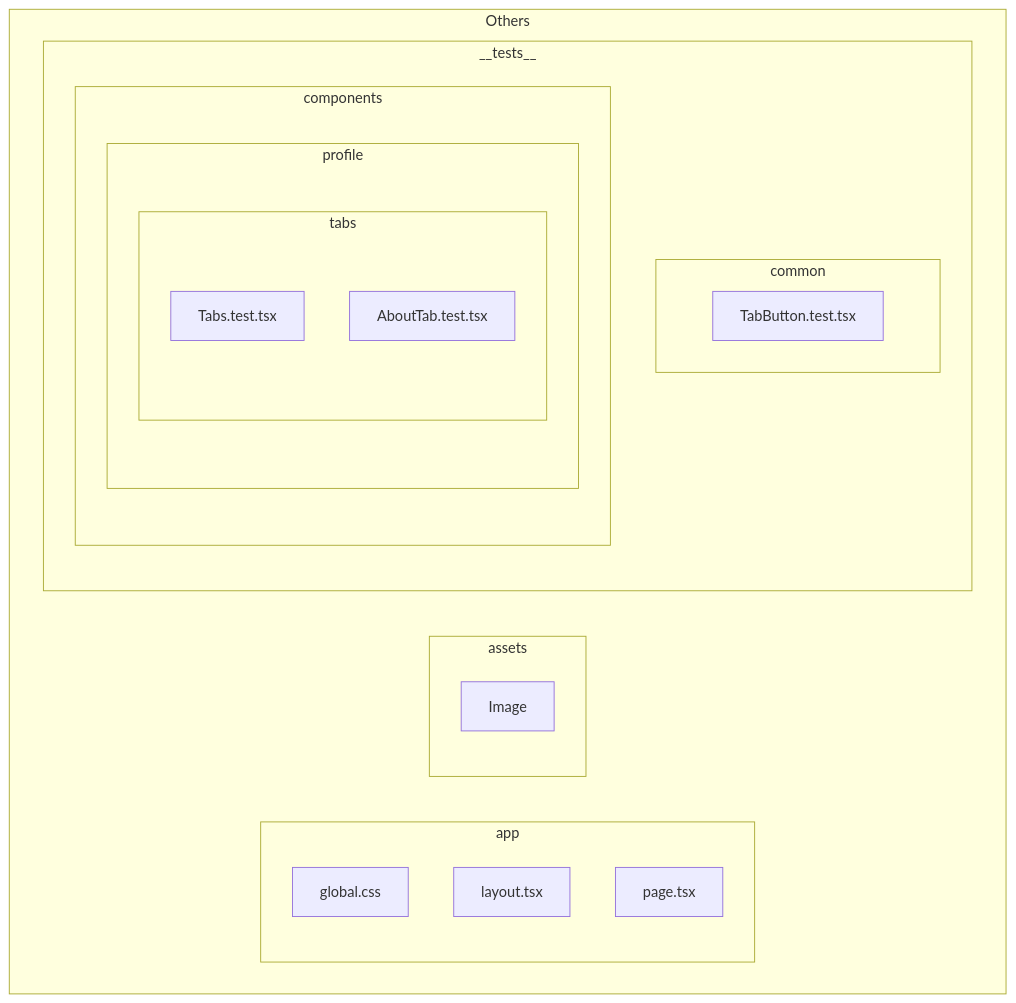
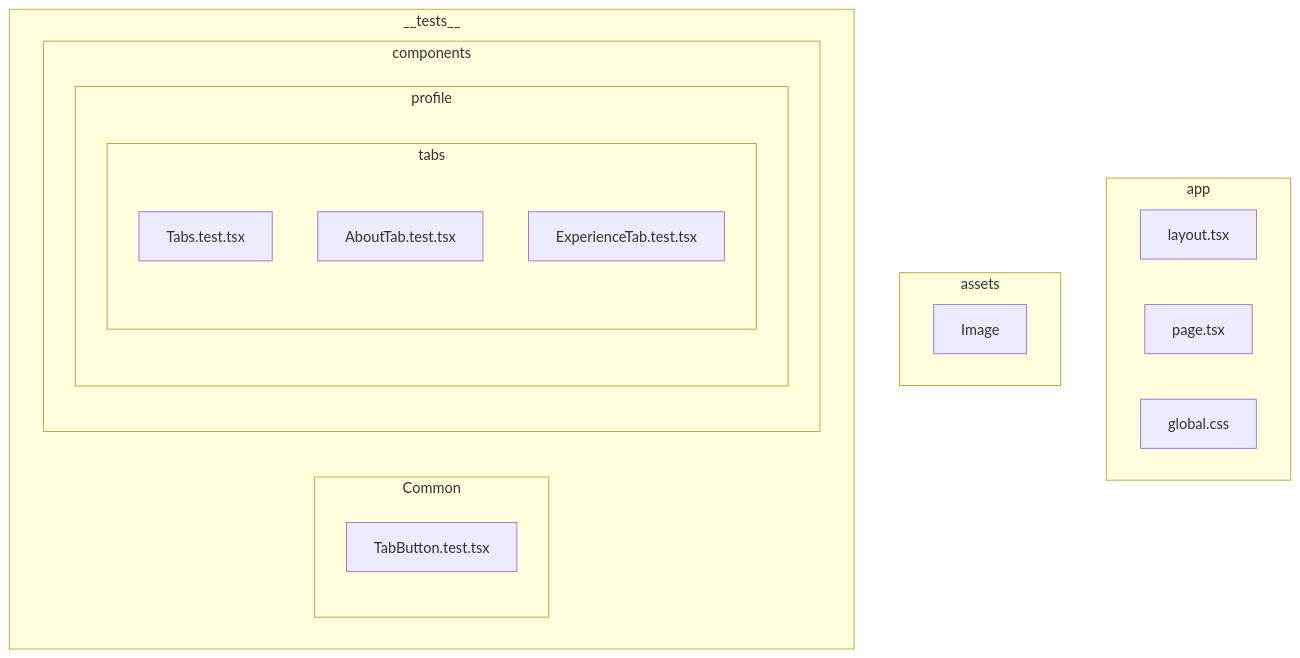
The second of 2 diagrams in README.md (Chen-Abudi/my-profile-card), drawn with Mermaid before and after one commit.

````diff
--- a/README.md
+++ b/README.md
@@ -60,31 +60,31 @@
 ```mermaid
 
 flowchart TD
-subgraph Others
   subgraph app
-    J[global.css]
-    K[layout.tsx]
-    L[page.tsx]
+    layout[layout.tsx]
+    page[page.tsx]
+    globalcss[global.css]
   end
 
   subgraph assets
-    M[Image]
+    image[Image]
   end
 
   subgraph __tests__
-    subgraph common
-      N[TabButton.test.tsx]
+    subgraph Common
+      tabbuttontest[TabButton.test.tsx]
     end
 
     subgraph components
       subgraph profile
         subgraph tabs
-          O[Tabs.test.tsx]
-          P[AboutTab.test.tsx]
+          tabstest[Tabs.test.tsx]
+          abouttabtest[AboutTab.test.tsx]
+          experiencetabtest[ExperienceTab.test.tsx]
         end
       end
     end
   end
-end
+
 
 ```
````
